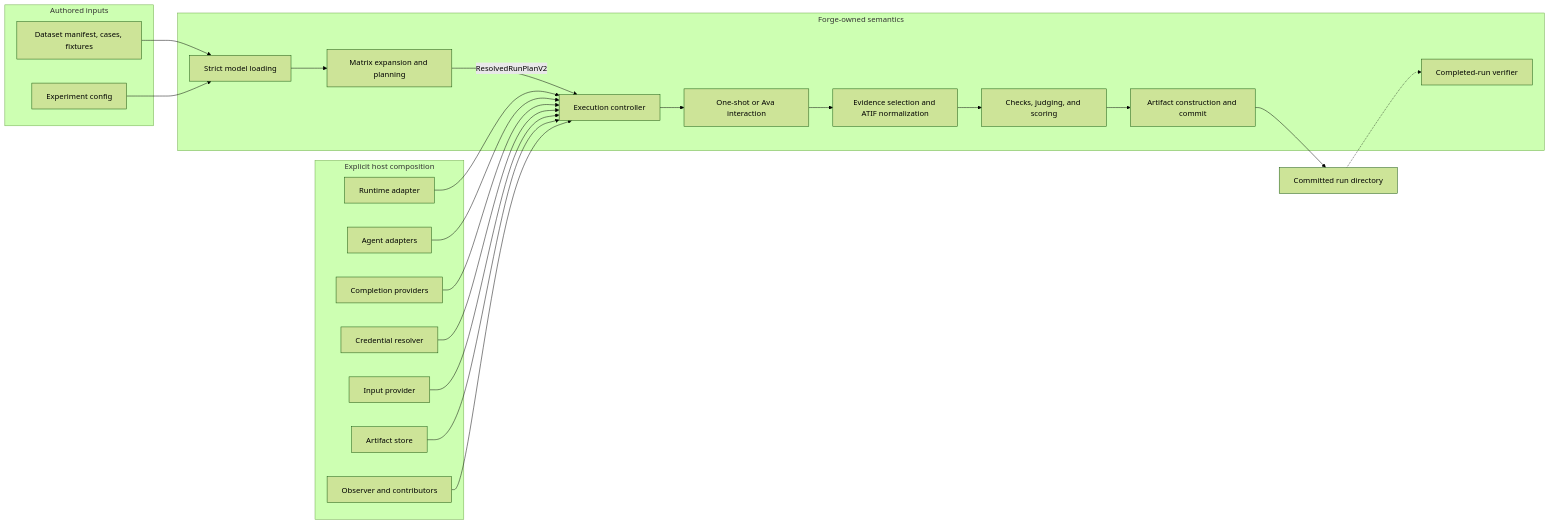
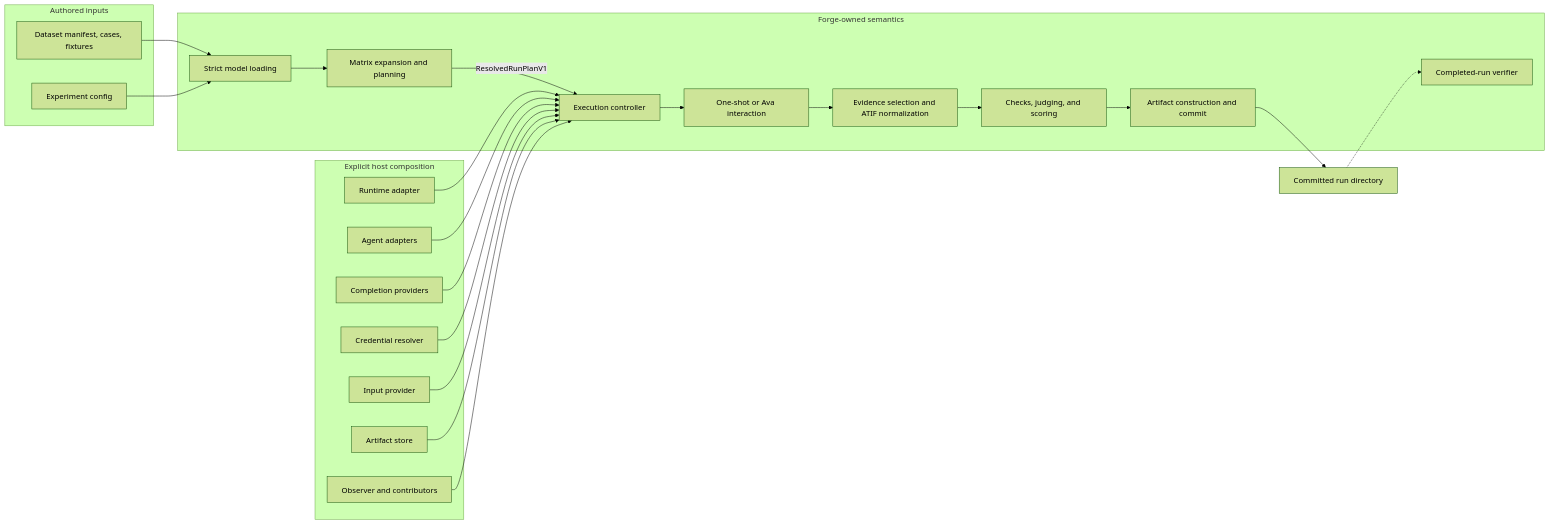
Before and after one commit to stripe/forge: the first of 3 diagrams in docs/architecture.md, drawn with Mermaid (forest theme). The commit also changed other lines of this file and 30 other files, not shown here.

First line of the commit message:
forge: keep unreleased schemas and public types at v1

````diff
--- a/docs/architecture.md
+++ b/docs/architecture.md
@@ -65,43 +65,43 @@
 ```mermaid
 flowchart LR
     subgraph Inputs[Authored inputs]
         D[Dataset manifest, cases, fixtures]
         X[Experiment config]
     end
 
     subgraph Core[Forge-owned semantics]
         M[Strict model loading]
         P[Matrix expansion and planning]
         E[Execution controller]
         I[One-shot or Ava interaction]
         N[Evidence selection and ATIF normalization]
         V[Checks, judging, and scoring]
         R[Artifact construction and commit]
         VR[Completed-run verifier]
     end
 
     subgraph Host[Explicit host composition]
         RT[Runtime adapter]
         A[Agent adapters]
         C[Completion providers]
         CR[Credential resolver]
         IP[Input provider]
         AS[Artifact store]
         O[Observer and contributors]
     end
 
     D --> M
     X --> M
     M --> P
-    P -->|ResolvedRunPlanV2| E
+    P -->|ResolvedRunPlanV1| E
     RT --> E
     A --> E
     C --> E
     CR --> E
     IP --> E
     AS --> E
     O --> E
     E --> I --> N --> V --> R
     R --> OUT[Committed run directory]
     OUT -.-> VR
 ```
````
